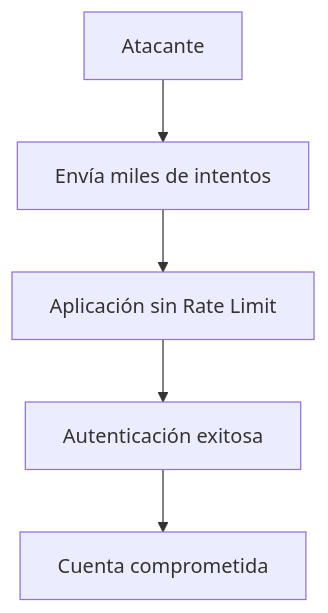
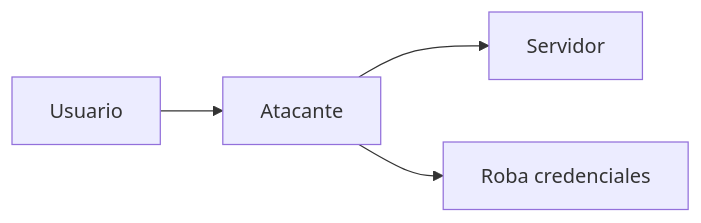
One commit to jaiderospina/DevSecOps2026 changed diagram 11 of 15 in OWASP/GRUPO X/readme.md. Above: the diagram before and after it, drawn with Mermaid. The commit also changed other lines of this file, not shown here.

````diff
--- a/OWASP/GRUPO X/readme.md
+++ b/OWASP/GRUPO X/readme.md
@@ -682,7 +590,6 @@
 ```mermaid
-flowchart TD
-A[Atacante] --> B[Envía miles de intentos]
-B --> C[Aplicación sin Rate Limit]
-C --> D[Autenticación exitosa]
-D --> E[Cuenta comprometida]
+flowchart LR
+U[Usuario] --> A[Atacante]
+A --> S[Servidor]
+A --> D[Roba credenciales]
 ```
````
